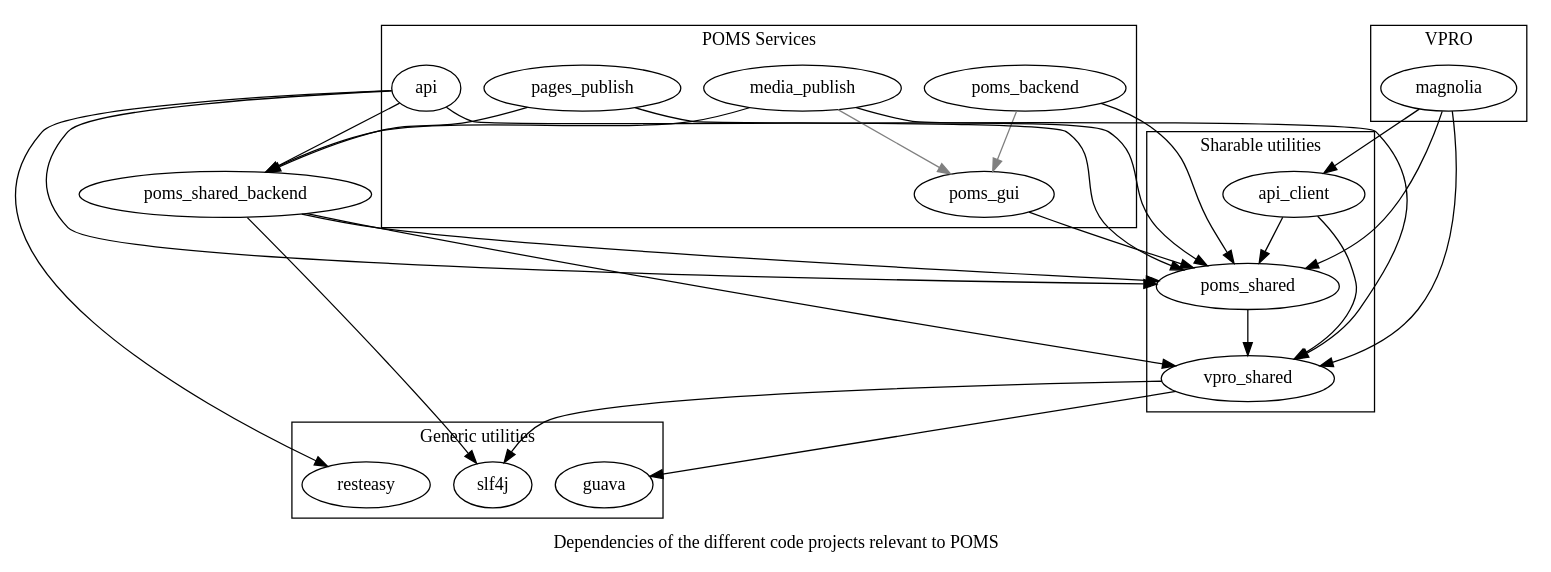
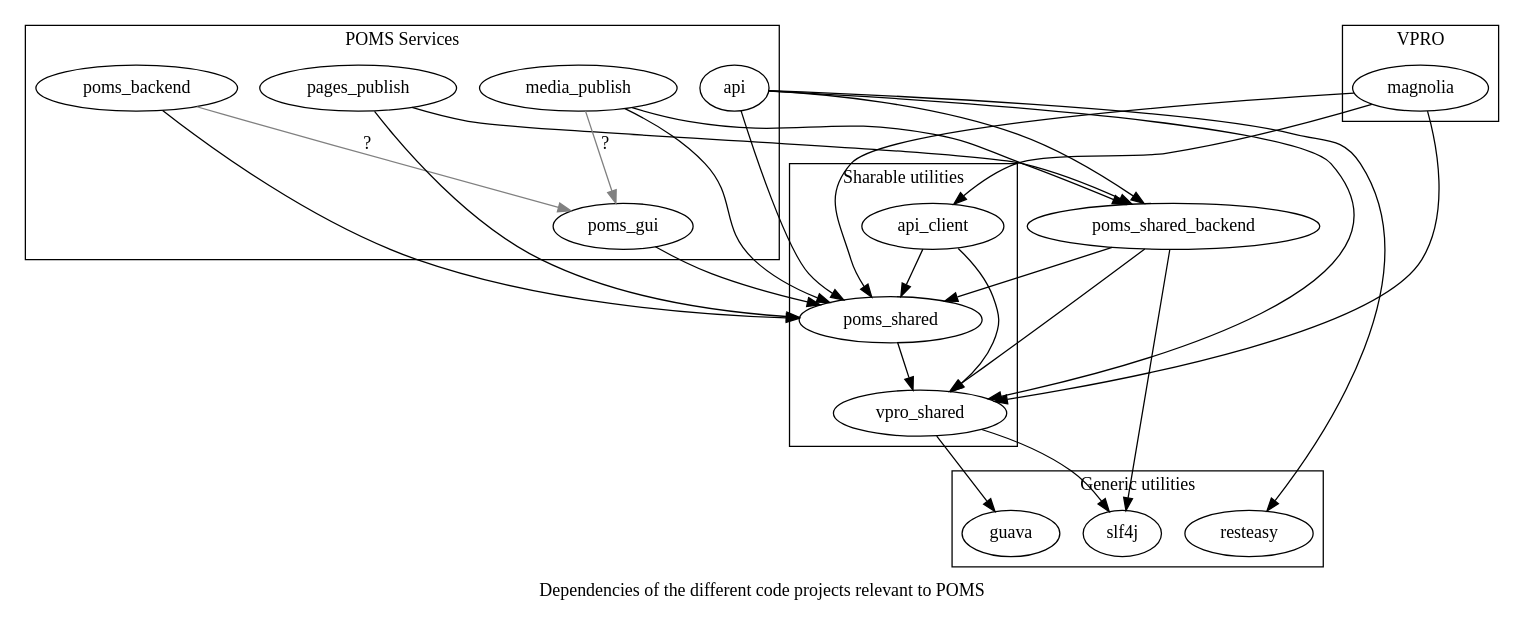
The diagram in poms-dependencies.dot (npo-poms/poms-parent), drawn with Graphviz before and after one commit. The commit also changed 1 other file, not shown here.

```diff
--- a/poms-dependencies.dot
+++ b/poms-dependencies.dot
@@ -1,54 +1,54 @@
 digraph {
 
     label="Dependencies of the different code projects relevant to POMS";
     subgraph cluster_0  {
         label="Generic utilities";
         slf4j; guava; resteasy;
     }
 
     subgraph cluster_1  {
         label="VPRO";
         magnolia;
     }
     subgraph cluster_2  {
         label="POMS Services";
         poms_gui; poms_backend; pages_publish; media_publish; api;
     }
 
     subgraph cluster_4  {
         label="Sharable utilities";
         api_client; vpro_shared; poms_shared;
     }
 
 
     vpro_shared -> { slf4j guava};
     poms_shared -> vpro_shared;
     poms_shared_backend -> vpro_shared;
     poms_shared_backend -> poms_shared;
     poms_shared_backend -> slf4j;
     poms_gui -> poms_shared;
 
     api -> poms_shared;
     api -> poms_shared_backend;
     api -> vpro_shared;
     api -> resteasy;
 
 
     pages_publish -> poms_shared_backend;
     pages_publish -> poms_shared;
 
     media_publish -> poms_shared;
     media_publish -> poms_shared_backend;
-    media_publish -> poms_gui[color=gray]
+    media_publish -> poms_gui[color=gray, weight=0.1, label="?"] // I  think this currently exists, but shouldn't
 
     api_client-> poms_shared;
     api_client-> vpro_shared;
 
     magnolia -> api_client;
     magnolia -> vpro_shared;
     magnolia -> poms_shared;
 
     poms_backend -> poms_shared
-    poms_backend -> poms_gui[color=gray]
+    poms_backend -> poms_gui[color=gray, weight=0.1, label="?"] // I  think this currently exists, but shouldn't
 
 }
```
